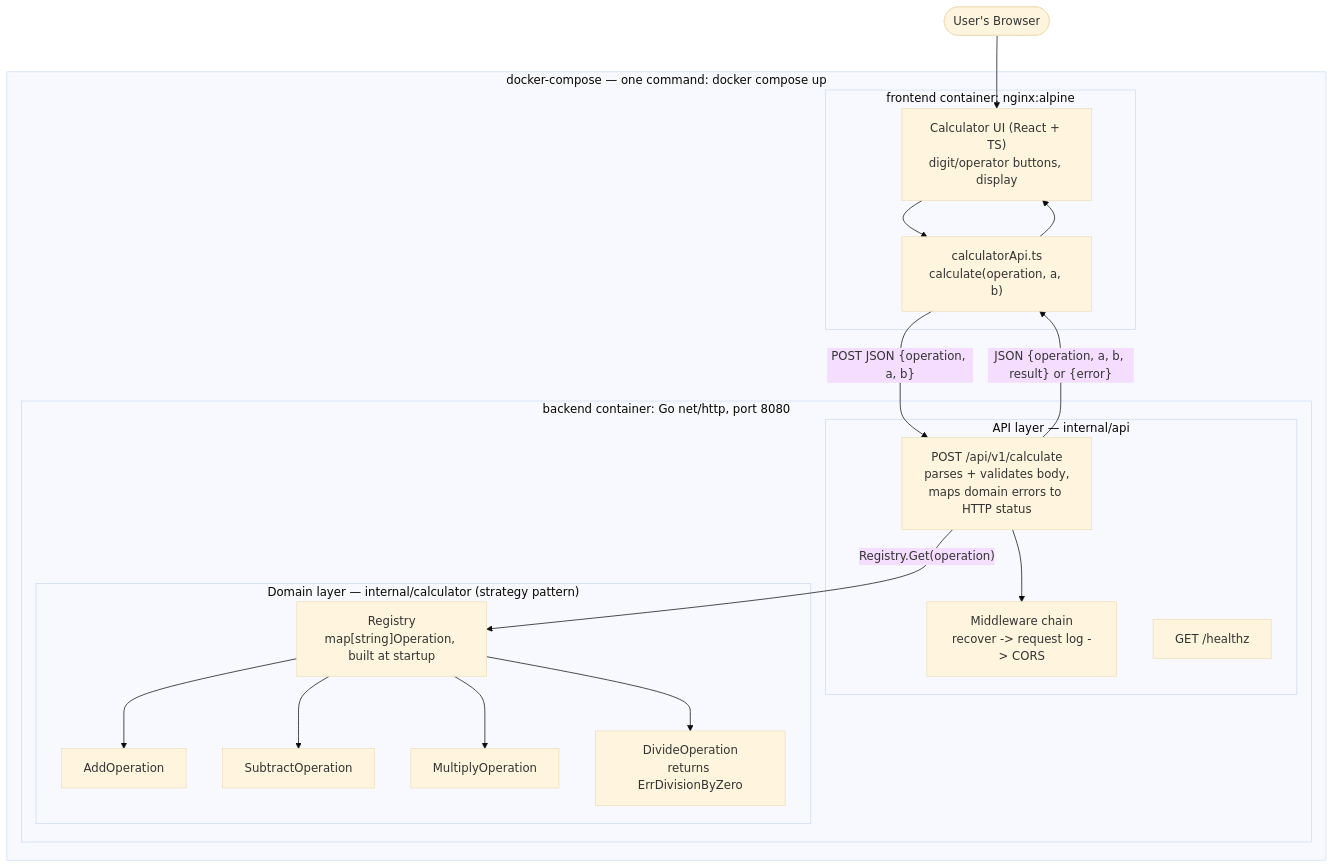
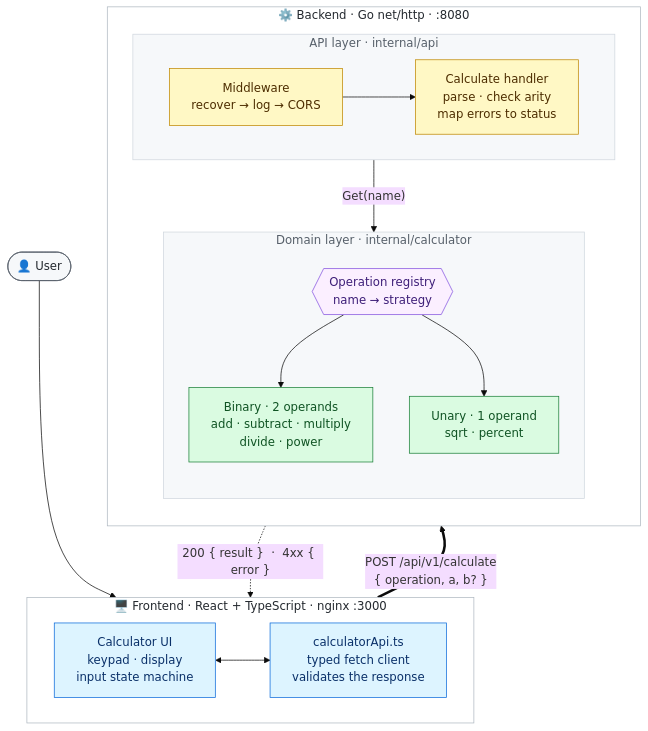
Before and after one commit to ysaatci/calculator-app: the diagram in README.md, drawn with Mermaid (base theme). The commit also changed other lines of this file, not shown here.

First line of the commit message:
docs: redraw the architecture diagram and cover the new operations

````diff
--- a/README.md
+++ b/README.md
@@ -7,38 +7,54 @@
 ```mermaid
-graph TB
-    User(["User's Browser"])
+flowchart TB
+    User(["👤 User"])
 
-    subgraph Compose["docker-compose — one command: docker compose up"]
-        subgraph FE["frontend container: nginx:alpine"]
-            UI["Calculator UI (React + TS)<br/>digit/operator buttons, display"]
-            Client["calculatorApi.ts<br/>calculate(operation, a, b)"]
+    subgraph FE ["🖥️  Frontend · React + TypeScript · nginx :3000"]
+        direction LR
+        UI["Calculator UI<br/>keypad · display<br/>input state machine"]
+        Client["calculatorApi.ts<br/>typed fetch client<br/>validates the response"]
+        UI <--> Client
+    end
+
+    subgraph BE ["⚙️  Backend · Go net/http · :8080"]
+        direction TB
+
+        subgraph APIL ["API layer · internal/api"]
+            direction LR
+            MW["Middleware<br/>recover → log → CORS"]
+            H["Calculate handler<br/>parse · check arity<br/>map errors to status"]
+            MW --> H
         end
 
-        subgraph BE["backend container: Go net/http, port 8080"]
-            subgraph APILayer["API layer — internal/api"]
-                MW["Middleware chain<br/>recover -> request log -> CORS"]
-                Health["GET /healthz"]
-                Calc["POST /api/v1/calculate<br/>parses + validates body,<br/>maps domain errors to HTTP status"]
-            end
-            subgraph Domain["Domain layer — internal/calculator (strategy pattern)"]
-                Registry["Registry<br/>map[string]Operation, built at startup"]
-                Add["AddOperation"]
-                Sub["SubtractOperation"]
-                Mul["MultiplyOperation"]
-                Div["DivideOperation<br/>returns ErrDivisionByZero"]
-            end
+        subgraph DOM ["Domain layer · internal/calculator"]
+            direction TB
+            REG{{"Operation registry<br/>name → strategy"}}
+            BIN["Binary · 2 operands<br/>add · subtract · multiply<br/>divide · power"]
+            UN["Unary · 1 operand<br/>sqrt · percent"]
+            REG --> BIN
+            REG --> UN
         end
+
+        H -- "Get(name)" --> REG
     end
 
     User --> UI
-    UI --> Client
-    Client -- "POST JSON {operation, a, b}" --> Calc
-    Calc --> MW
-    Calc -- "Registry.Get(operation)" --> Registry
-    Registry --> Add
-    Registry --> Sub
-    Registry --> Mul
-    Registry --> Div
-    Calc -- "JSON {operation, a, b, result} or {error}" --> Client
-    Client --> UI
+    Client == "POST /api/v1/calculate<br/>{ operation, a, b? }" ==> MW
+    H -. "200 { result }  ·  4xx { error }" .-> Client
+
+    classDef edge fill:#f6f8fa,stroke:#57606a,stroke-width:1px,color:#24292f
+    classDef front fill:#ddf4ff,stroke:#0969da,stroke-width:1px,color:#0a3069
+    classDef api fill:#fff8c5,stroke:#bf8700,stroke-width:1px,color:#4d2d00
+    classDef domain fill:#dafbe1,stroke:#1a7f37,stroke-width:1px,color:#0f5323
+    classDef store fill:#fbefff,stroke:#8250df,stroke-width:1px,color:#3e1f79
+
+    class User edge
+    class UI,Client front
+    class MW,H api
+    class BIN,UN domain
+    class REG store
+
+    style FE fill:#ffffff,stroke:#afb8c1,color:#24292f
+    style BE fill:#ffffff,stroke:#afb8c1,color:#24292f
+    style APIL fill:#f6f8fa,stroke:#d0d7de,color:#57606a
+    style DOM fill:#f6f8fa,stroke:#d0d7de,color:#57606a
 ```
````
